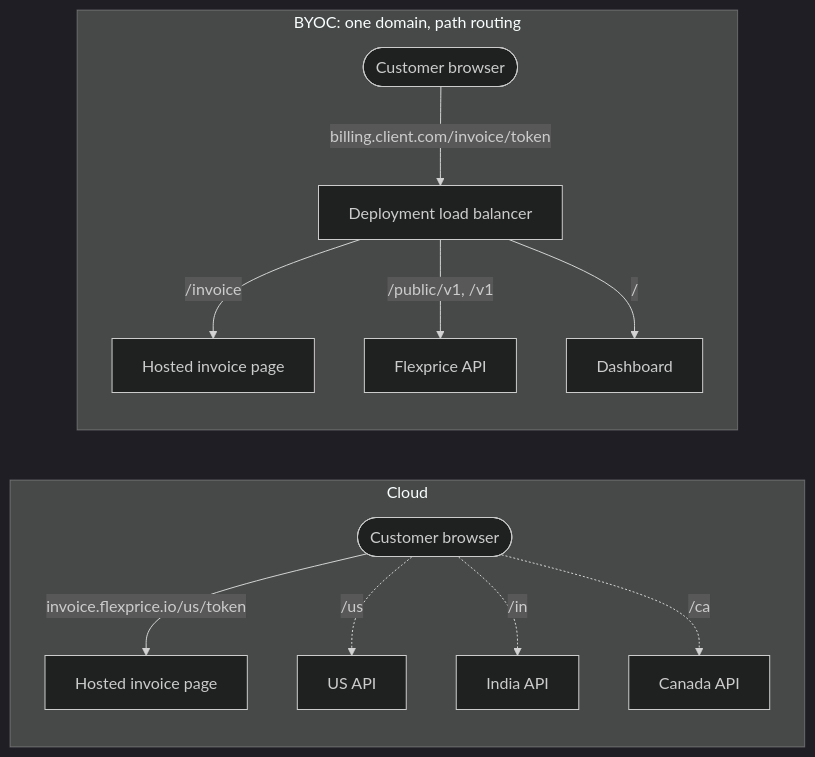
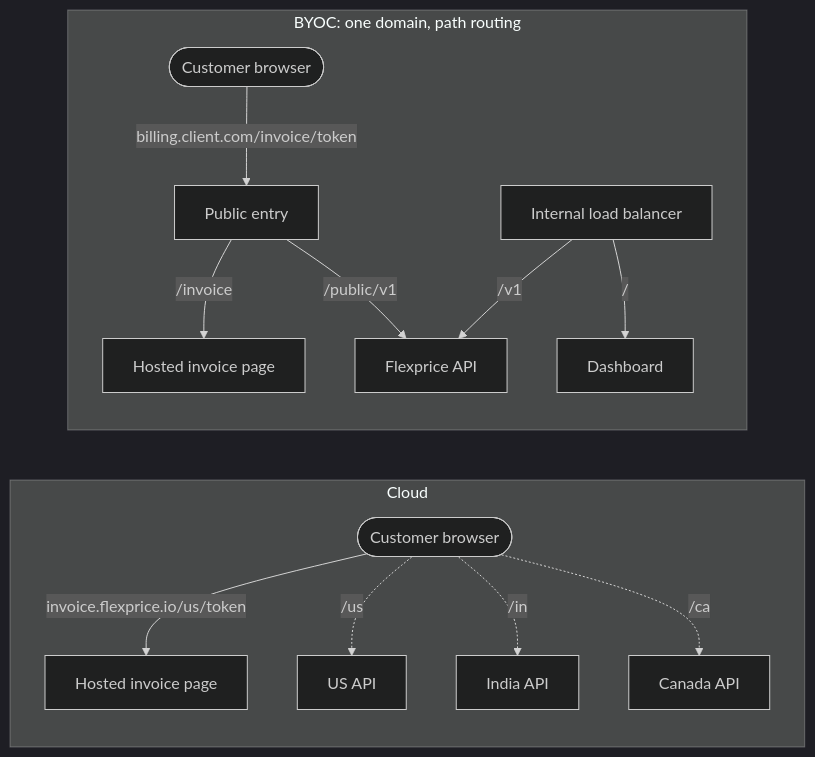
The fifth of 5 diagrams in docs/design/2026-10-14-hosted-invoice-erd.md (flexprice/flexprice), drawn with Mermaid (dark theme) before and after one commit. The commit also changed other lines of this file and 1 other file, not shown here.

Commit message:
docs: hosted invoice BYOC exposes only /invoice and /public/v1 publicly

````diff
--- a/docs/design/2026-10-14-hosted-invoice-erd.md
+++ b/docs/design/2026-10-14-hosted-invoice-erd.md
@@ -482,15 +482,16 @@
 ```mermaid
 flowchart LR
   subgraph CLOUD[Cloud]
     CC([Customer browser]) -->|invoice.flexprice.io/us/token| CP[Hosted invoice page]
     CC -.->|/us| CUS[US API]
     CC -.->|/in| CIN[India API]
     CC -.->|/ca| CCA[Canada API]
   end
   subgraph BYOC[BYOC: one domain, path routing]
-    BC([Customer browser]) -->|billing.client.com/invoice/token| LB[Deployment load balancer]
+    BC([Customer browser]) -->|billing.client.com/invoice/token| LB[Public entry]
     LB -->|/invoice| BP[Hosted invoice page]
-    LB -->|/public/v1, /v1| BA[Flexprice API]
-    LB -->|/| BD[Dashboard]
+    LB -->|/public/v1| BA[Flexprice API]
+    IL[Internal load balancer] -->|/v1| BA
+    IL -->|/| BD[Dashboard]
   end
 ```
````
